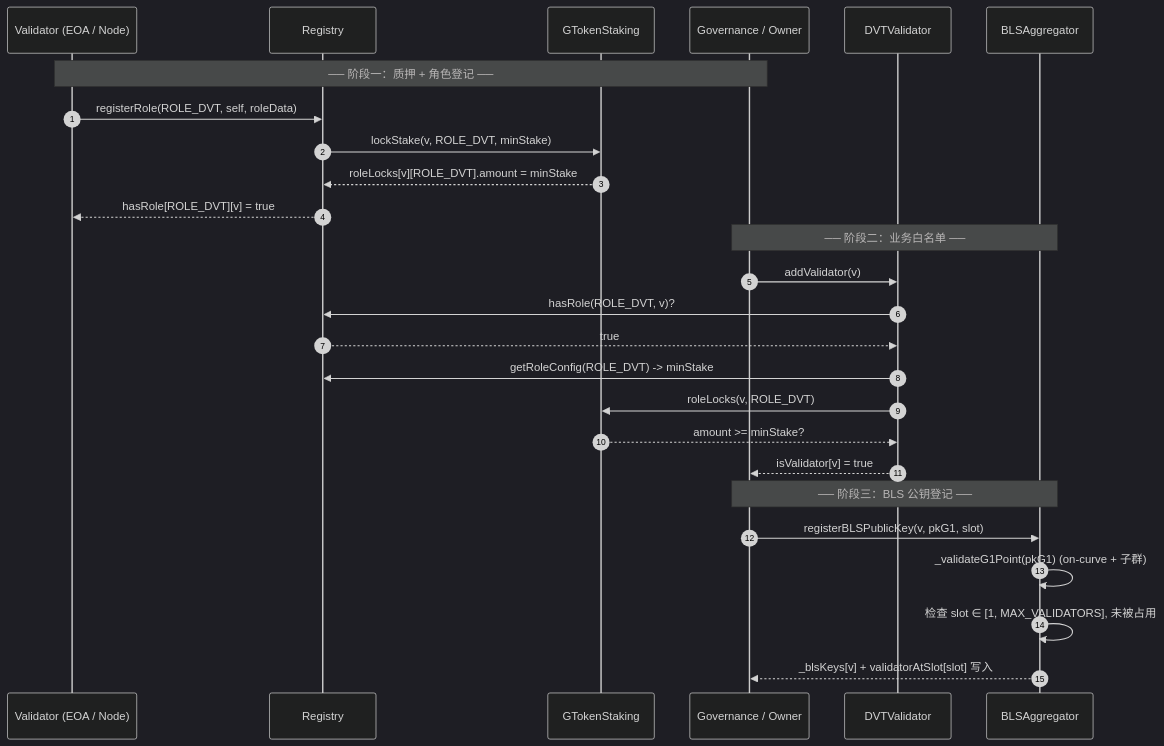
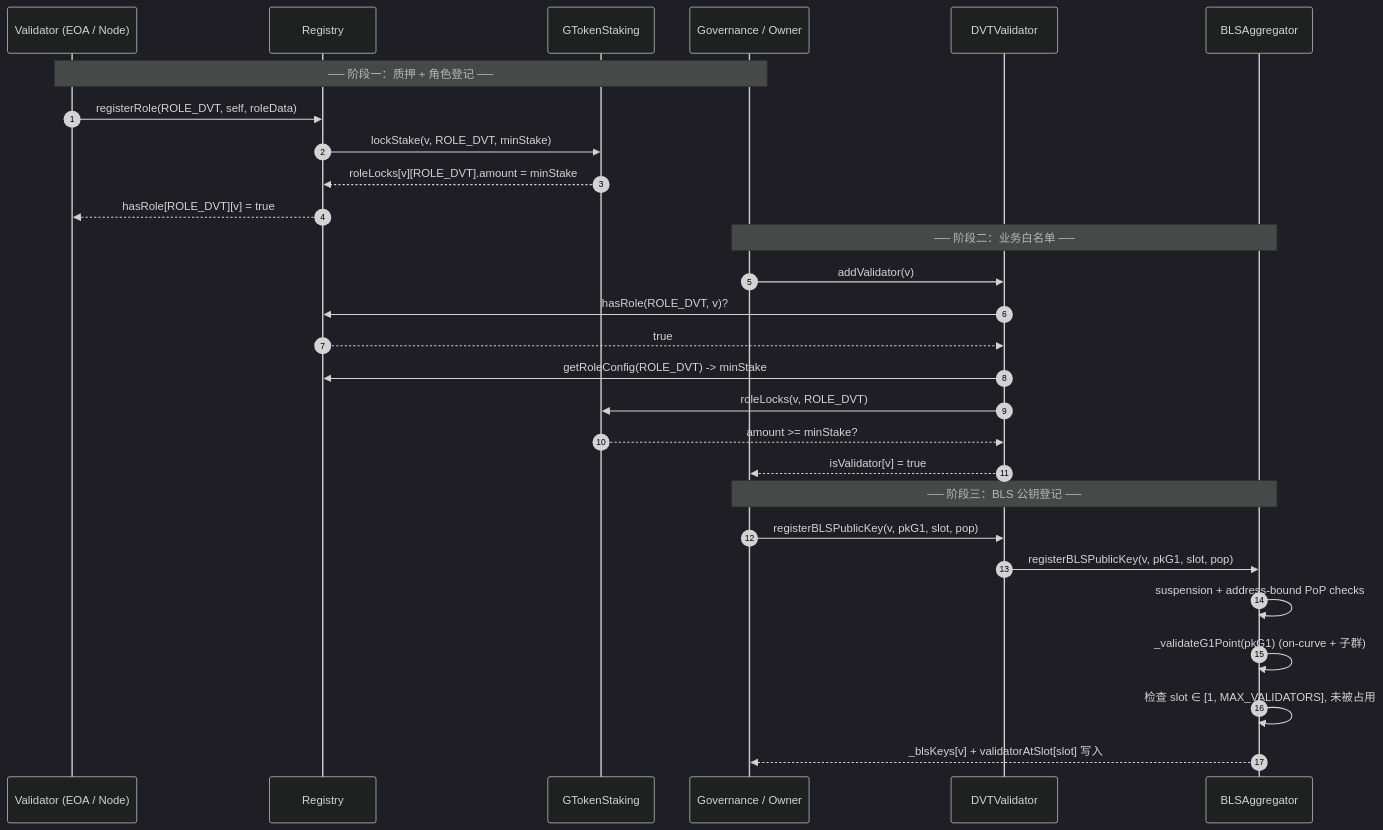
One commit to AAStarCommunity/SuperPaymaster changed the first of 2 diagrams in docs/architecture/dvt-validator-workflow.md. Above: the diagram before and after it, drawn with Mermaid (dark theme). The commit also changed other lines of this file and 43 other files, not shown here.

````diff
--- a/docs/architecture/dvt-validator-workflow.md
+++ b/docs/architecture/dvt-validator-workflow.md
@@ -52,31 +52,33 @@
 ```mermaid
 sequenceDiagram
     autonumber
     participant V as Validator (EOA / Node)
     participant Reg as Registry
     participant Stk as GTokenStaking
     participant Owner as Governance / Owner
     participant DVT as DVTValidator
     participant Agg as BLSAggregator
 
     Note over V,Owner: ── 阶段一：质押 + 角色登记 ──
     V->>Reg: registerRole(ROLE_DVT, self, roleData)
     Reg->>Stk: lockStake(v, ROLE_DVT, minStake)
     Stk-->>Reg: roleLocks[v][ROLE_DVT].amount = minStake
     Reg-->>V: hasRole[ROLE_DVT][v] = true
 
     Note over Owner,Agg: ── 阶段二：业务白名单 ──
     Owner->>DVT: addValidator(v)
     DVT->>Reg: hasRole(ROLE_DVT, v)?
     Reg-->>DVT: true
     DVT->>Reg: getRoleConfig(ROLE_DVT) -> minStake
     DVT->>Stk: roleLocks(v, ROLE_DVT)
     Stk-->>DVT: amount >= minStake?
     DVT-->>Owner: isValidator[v] = true
 
     Note over Owner,Agg: ── 阶段三：BLS 公钥登记 ──
-    Owner->>Agg: registerBLSPublicKey(v, pkG1, slot)
+    Owner->>DVT: registerBLSPublicKey(v, pkG1, slot, pop)
+    DVT->>Agg: registerBLSPublicKey(v, pkG1, slot, pop)
+    Agg->>Agg: suspension + address-bound PoP checks
     Agg->>Agg: _validateG1Point(pkG1) (on-curve + 子群)
     Agg->>Agg: 检查 slot ∈ [1, MAX_VALIDATORS], 未被占用
     Agg-->>Owner: _blsKeys[v] + validatorAtSlot[slot] 写入
 ```
````
